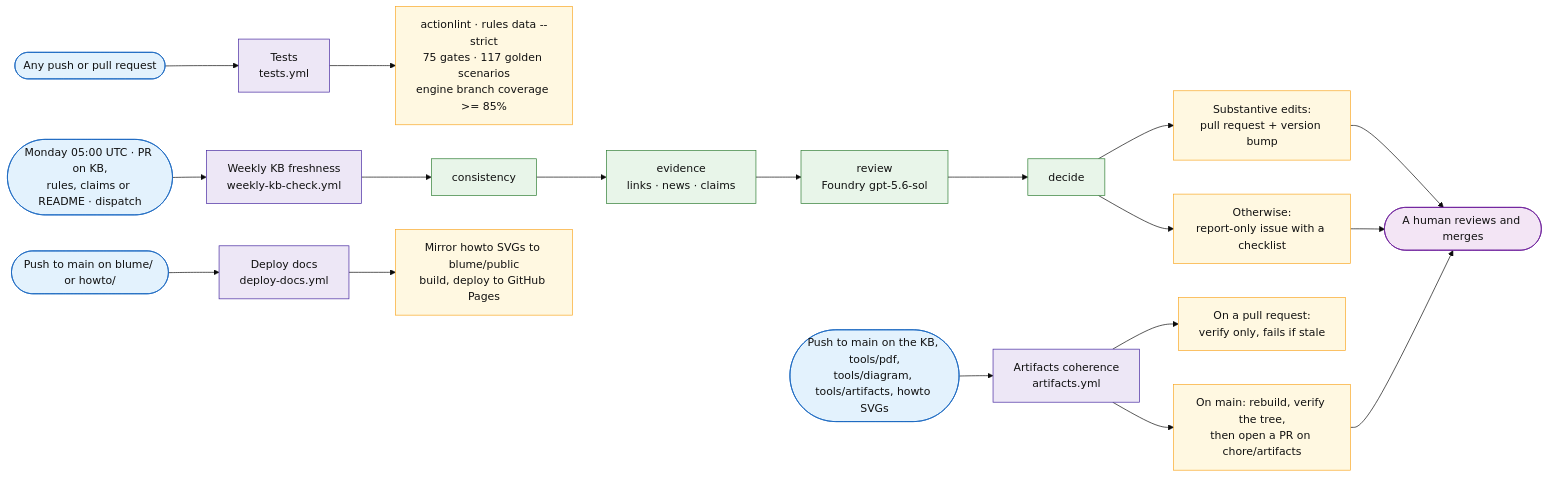
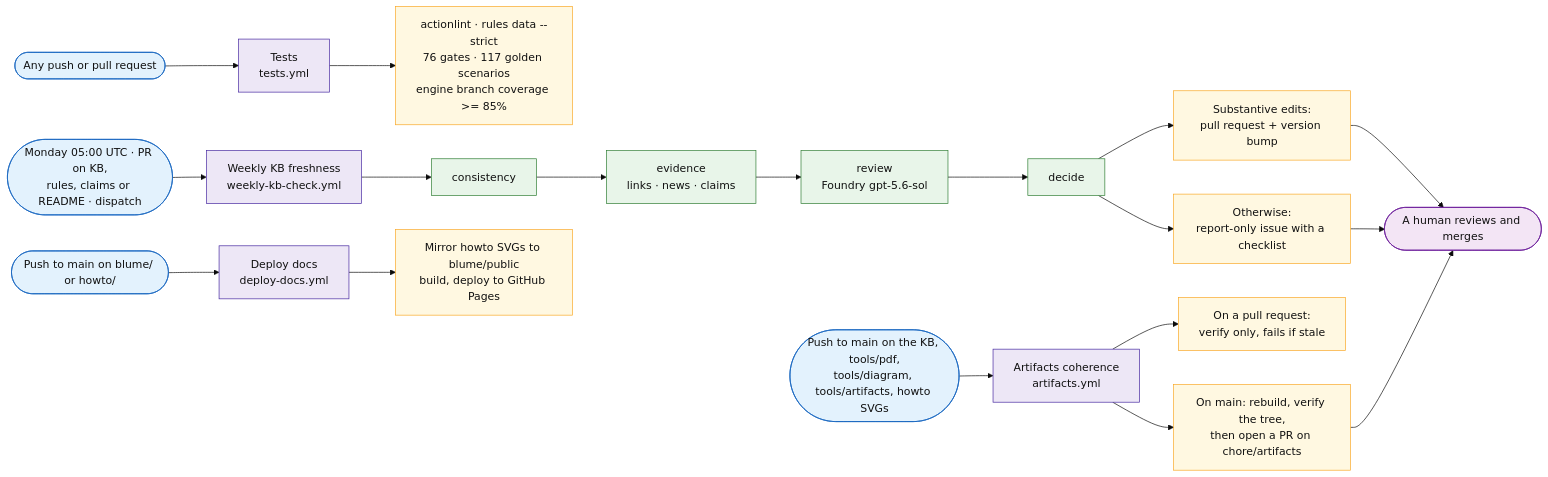
One commit to fredgis/sql-migration-advisor changed the sixth of 6 diagrams in docs/sql-migration-advisor-developer-pitch.md. Above: the diagram before and after it, drawn with Mermaid (base theme). The commit also changed 10 other files, not shown here.

````diff
--- a/docs/sql-migration-advisor-developer-pitch.md
+++ b/docs/sql-migration-advisor-developer-pitch.md
@@ -991,33 +991,33 @@
 ```mermaid
 flowchart LR
     G1([Any push or pull request]) --> W1[Tests<br/>tests.yml]
     G2([Monday 05:00 UTC · PR on KB,<br/>rules, claims or README · dispatch]) --> W2[Weekly KB freshness<br/>weekly-kb-check.yml]
     G3([Push to main on the KB, tools/pdf,<br/>tools/diagram, tools/artifacts, howto SVGs]) --> W3[Artifacts coherence<br/>artifacts.yml]
     G4([Push to main on blume/ or howto/]) --> W4[Deploy docs<br/>deploy-docs.yml]
 
-    W1 --> O1[actionlint · rules data --strict<br/>75 gates · 117 golden scenarios<br/>engine branch coverage >= 85%]
+    W1 --> O1[actionlint · rules data --strict<br/>76 gates · 117 golden scenarios<br/>engine branch coverage >= 85%]
 
     W2 --> C1[consistency] --> C2[evidence<br/>links · news · claims] --> C3[review<br/>Foundry gpt-5.6-sol] --> C4[decide]
     C4 --> O2a[Substantive edits:<br/>pull request + version bump]
     C4 --> O2b[Otherwise:<br/>report-only issue with a checklist]
 
     W3 --> O3a[On a pull request:<br/>verify only, fails if stale]
     W3 --> O3b[On main: rebuild, verify the tree,<br/>then open a PR on chore/artifacts]
 
     W4 --> O4[Mirror howto SVGs to blume/public<br/>build, deploy to GitHub Pages]
 
     O2a --> H([A human reviews and merges])
     O2b --> H
     O3b --> H
 
     classDef trig fill:#e3f2fd,stroke:#1565c0,color:#111
     classDef flow fill:#ede7f6,stroke:#4527a0,color:#111
     classDef step fill:#e8f5e9,stroke:#2e7d32,color:#111
     classDef out fill:#fff8e1,stroke:#f9a825,color:#111
     classDef human fill:#f3e5f5,stroke:#6a1b9a,color:#111
     class G1,G2,G3,G4 trig
     class W1,W2,W3,W4 flow
     class C1,C2,C3,C4 step
     class O1,O2a,O2b,O3a,O3b,O4 out
     class H human
 ```
````
